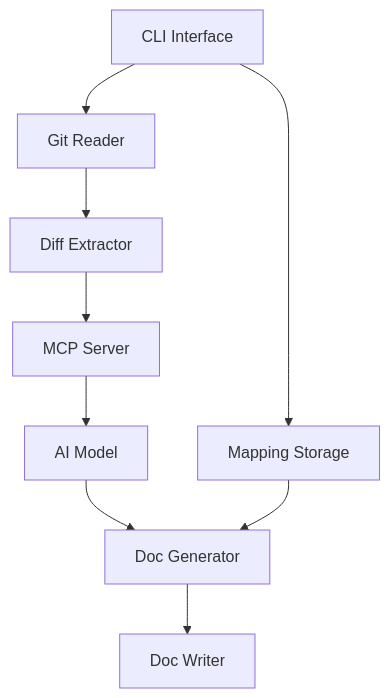
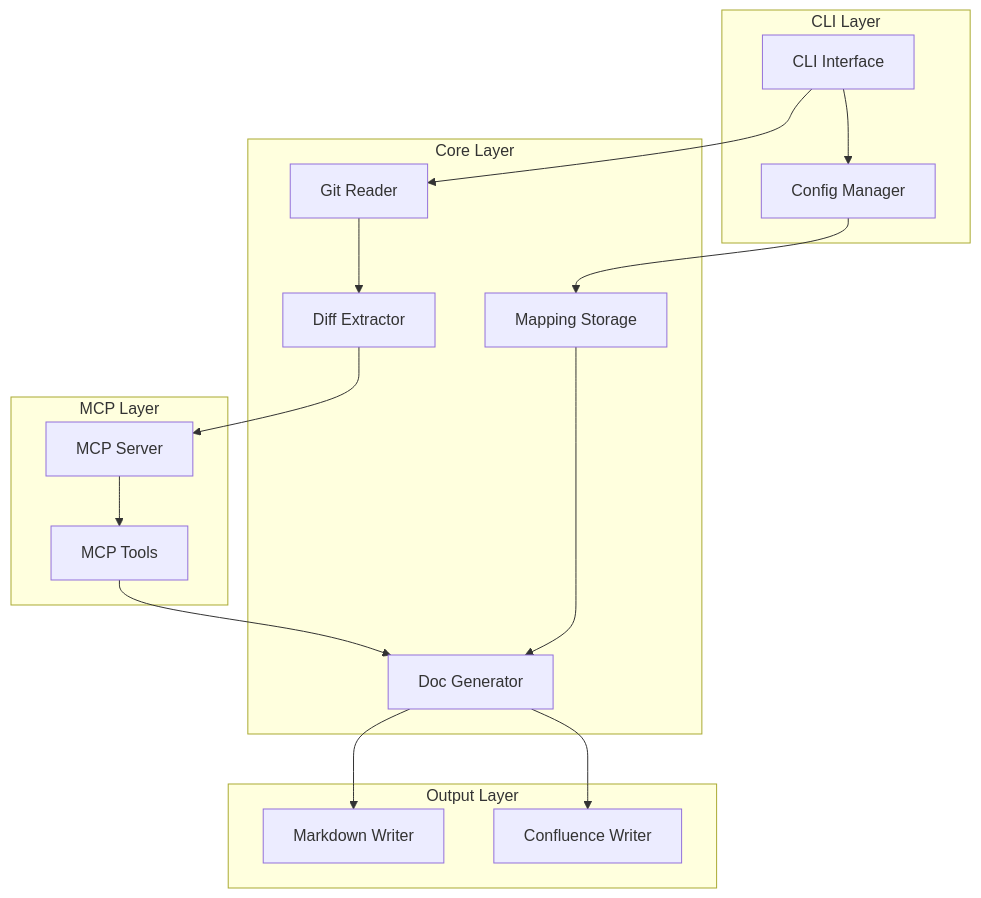
One commit to FreePeak/ktme changed the second of 2 diagrams in README.md. Above: the diagram before and after it, drawn with Mermaid. The commit also changed other lines of this file, not shown here.

````diff
--- a/README.md
+++ b/README.md
@@ -622,20 +354,35 @@
 ```mermaid
 graph TB
-    CLI[CLI Interface]
-    Git[Git Reader]
-    Extractor[Diff Extractor]
-    MCP[MCP Server]
-    AI[AI Model]
-    Generator[Doc Generator]
-    Storage[Mapping Storage]
-    Writer[Doc Writer]
+    subgraph CLI Layer
+        CLI[CLI Interface]
+        Config[Config Manager]
+    end
+
+    subgraph Core Layer
+        Git[Git Reader]
+        Extractor[Diff Extractor]
+        Generator[Doc Generator]
+        Storage[Mapping Storage]
+    end
+
+    subgraph MCP Layer
+        Server[MCP Server]
+        Tools[MCP Tools]
+    end
+
+    subgraph Output Layer
+        MD[Markdown Writer]
+        Confluence[Confluence Writer]
+    end
 
     CLI --> Git
-    CLI --> Storage
+    CLI --> Config
+    Config --> Storage
     Git --> Extractor
-    Extractor --> MCP
-    MCP --> AI
-    AI --> Generator
+    Extractor --> Server
+    Server --> Tools
+    Tools --> Generator
     Storage --> Generator
-    Generator --> Writer
+    Generator --> MD
+    Generator --> Confluence
 ```
````
